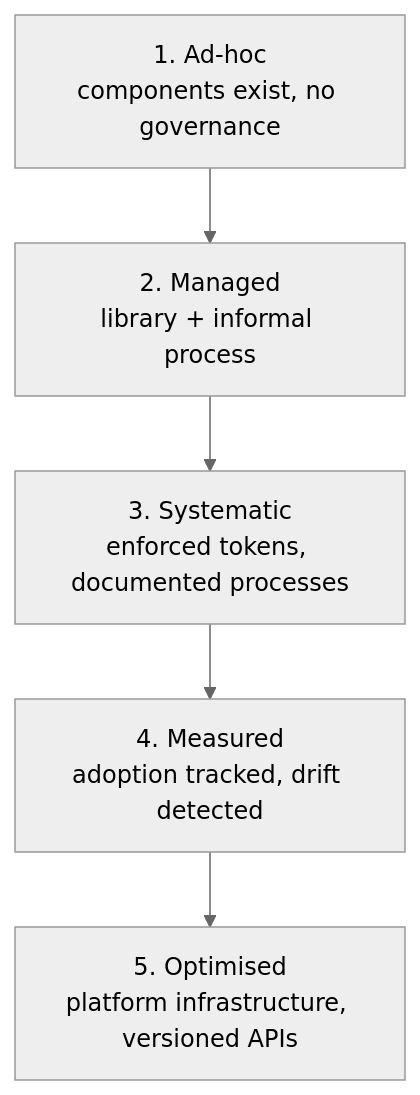
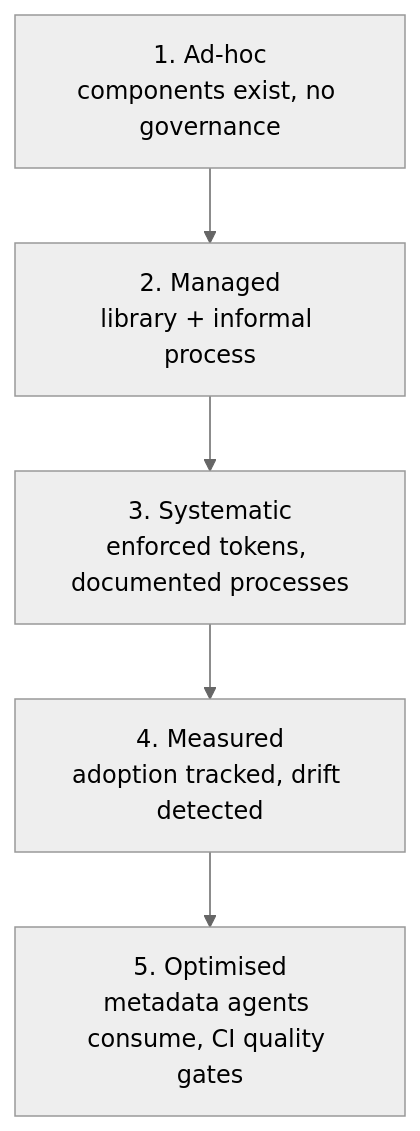
The diagram in src/content/docs/decision-governance.md (F4cu/design-systems-101), drawn with Mermaid (neutral theme) before and after one commit. The commit also changed other lines of this file and 15 other files, not shown here.

````diff
--- a/src/content/docs/decision-governance.md
+++ b/src/content/docs/decision-governance.md
@@ -79,7 +79,7 @@
 ```mermaid
 graph TD
   A["1. Ad-hoc<br/>components exist, no governance"] --> B["2. Managed<br/>library + informal process"]
   B --> C["3. Systematic<br/>enforced tokens, documented processes"]
   C --> D["4. Measured<br/>adoption tracked, drift detected"]
-  D --> E["5. Optimised<br/>platform infrastructure, versioned APIs"]
+  D --> E["5. Optimised<br/>metadata agents consume, CI quality gates"]
 ```
````
